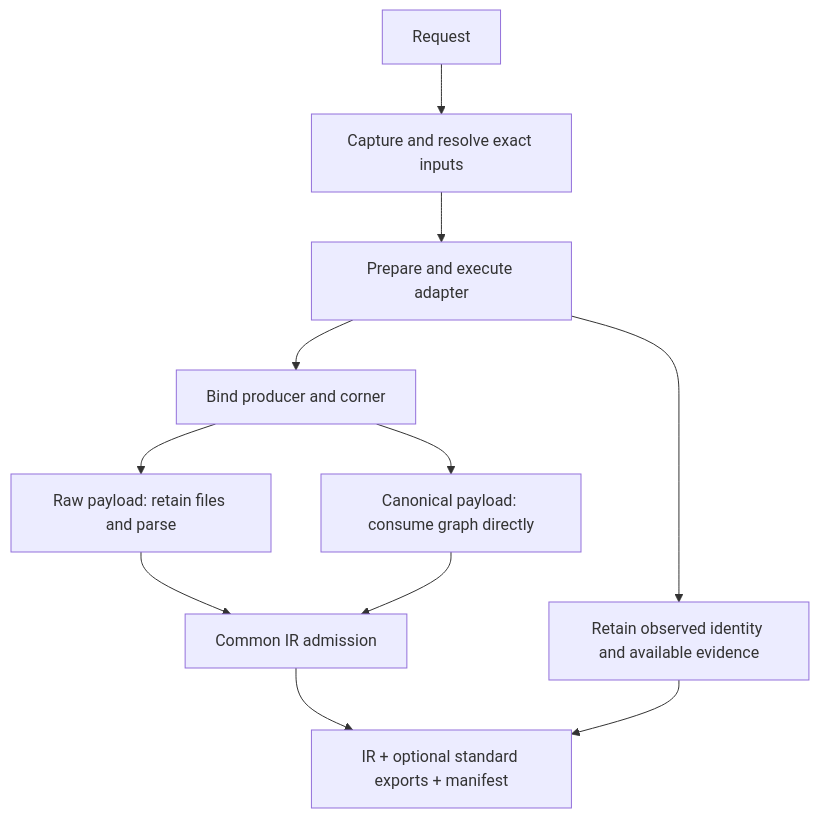
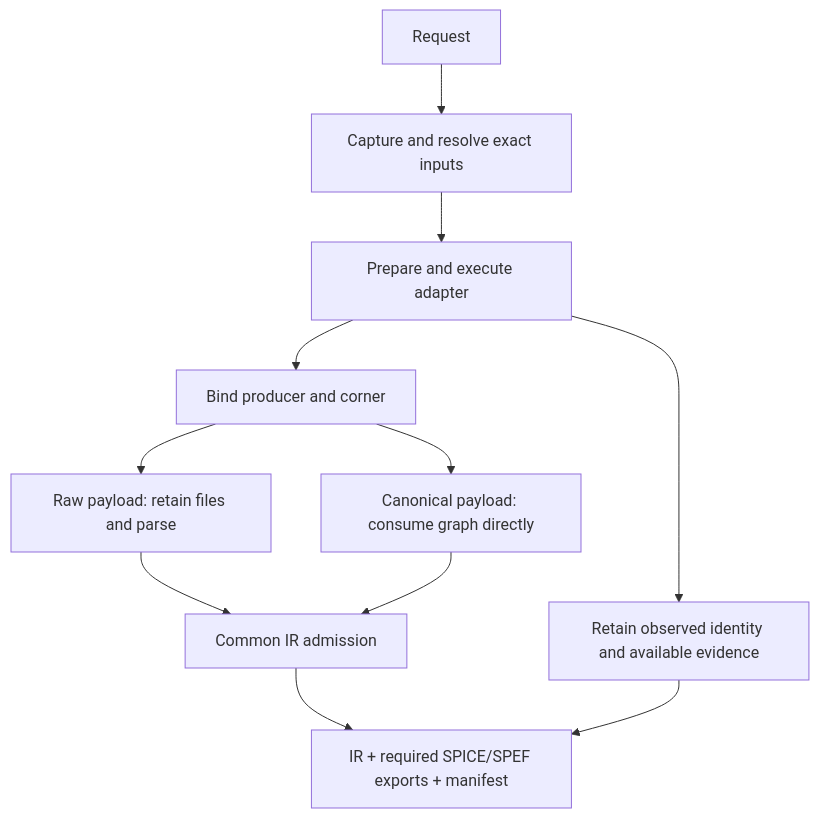
The diagram in Sources/PEXRuntime/DESIGN.md (1amageek/PEXEngine), drawn with Mermaid before and after one commit. The commit also changed other lines of this file and 11 other files, not shown here.

Commit message:
Compose native extraction with required standard outputs and captured retry

````diff
--- a/Sources/PEXRuntime/DESIGN.md
+++ b/Sources/PEXRuntime/DESIGN.md
@@ -20,13 +20,13 @@
 ```mermaid
 flowchart TD
   Request --> Capture[Capture and resolve exact inputs]
   Capture --> Corner[Prepare and execute adapter]
   Corner --> Identity[Bind producer and corner]
   Identity --> Raw[Raw payload: retain files and parse]
   Identity --> Canonical[Canonical payload: consume graph directly]
   Raw --> Validate[Common IR admission]
   Canonical --> Validate
-  Validate --> Persist[IR + optional standard exports + manifest]
+  Validate --> Persist[IR + required SPICE/SPEF exports + manifest]
   Corner --> Failure[Retain observed identity and available evidence]
   Failure --> Persist
 ```
````
